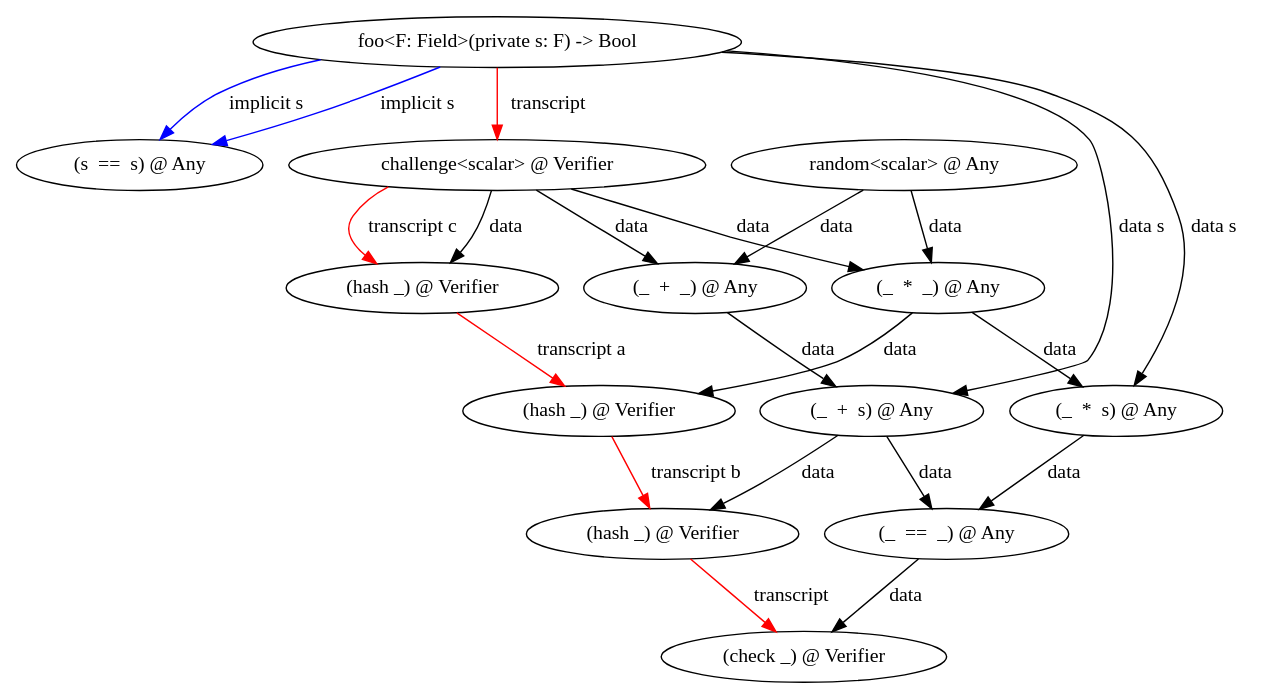
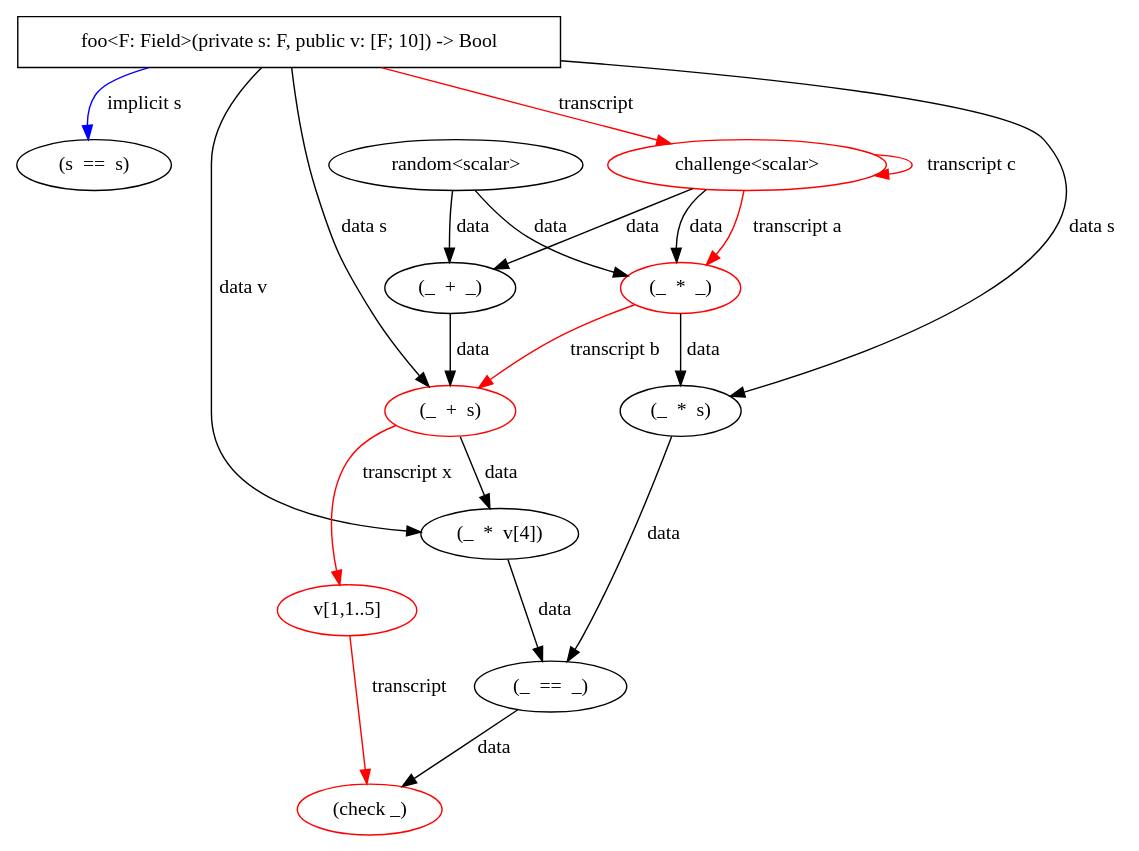
Before and after one commit to eniac/zippel: the diagram in graph/graph_foo.dot, drawn with Graphviz. The commit also changed 7 other files, not shown here.

```diff
--- a/graph/graph_foo.dot
+++ b/graph/graph_foo.dot
@@ -1,36 +1,34 @@
 digraph {
-    0 [ label = "foo<F: Field>(private s: F) -> Bool" ]
-    1 [ label = "(s  ==  s) @ Any" ]
-    2 [ label = "random<scalar> @ Any" ]
-    3 [ label = "challenge<scalar> @ Verifier" ]
-    4 [ label = "(hash _) @ Verifier" ]
-    5 [ label = "(_  *  _) @ Any" ]
-    6 [ label = "(hash _) @ Verifier" ]
-    7 [ label = "(_  +  _) @ Any" ]
-    8 [ label = "(_  +  s) @ Any" ]
-    9 [ label = "(hash _) @ Verifier" ]
-    10 [ label = "(_  *  s) @ Any" ]
-    11 [ label = "(_  ==  _) @ Any" ]
-    12 [ label = "(check _) @ Verifier" ]
-    0 -> 1 [ label = "implicit s" color = "blue"]
+    0 [ label = "foo<F: Field>(private s: F, public v: [F; 10]) -> Bool" shape = "box"]
+    1 [ label = "(s  ==  s)" shape = "ellipse"]
+    2 [ label = "random<scalar>" shape = "ellipse"]
+    3 [ label = "challenge<scalar>" color = "red"]
+    4 [ label = "(_  *  _)" color = "red"]
+    5 [ label = "(_  +  _)" shape = "ellipse"]
+    6 [ label = "(_  +  s)" color = "red"]
+    7 [ label = "v[1,1..5]" color = "red"]
+    8 [ label = "(_  *  s)" shape = "ellipse"]
+    9 [ label = "(_  *  v[4])" shape = "ellipse"]
+    10 [ label = "(_  ==  _)" shape = "ellipse"]
+    11 [ label = "(check _)" color = "red"]
     0 -> 1 [ label = "implicit s" color = "blue"]
     0 -> 3 [ label = "transcript" color = "red"]
-    3 -> 4 [ label = "transcript c" color = "red"]
+    3 -> 3 [ label = "transcript c" color = "red"]
+    2 -> 4 [ label = "data" color = "black"]
     3 -> 4 [ label = "data" color = "black"]
+    3 -> 4 [ label = "transcript a" color = "red"]
     2 -> 5 [ label = "data" color = "black"]
     3 -> 5 [ label = "data" color = "black"]
-    4 -> 6 [ label = "transcript a" color = "red"]
     5 -> 6 [ label = "data" color = "black"]
-    2 -> 7 [ label = "data" color = "black"]
-    3 -> 7 [ label = "data" color = "black"]
-    7 -> 8 [ label = "data" color = "black"]
+    0 -> 6 [ label = "data s" color = "black"]
+    4 -> 6 [ label = "transcript b" color = "red"]
+    6 -> 7 [ label = "transcript x" color = "red"]
+    4 -> 8 [ label = "data" color = "black"]
     0 -> 8 [ label = "data s" color = "black"]
-    6 -> 9 [ label = "transcript b" color = "red"]
-    8 -> 9 [ label = "data" color = "black"]
-    5 -> 10 [ label = "data" color = "black"]
-    0 -> 10 [ label = "data s" color = "black"]
+    6 -> 9 [ label = "data" color = "black"]
+    0 -> 9 [ label = "data v" color = "black"]
+    8 -> 10 [ label = "data" color = "black"]
+    9 -> 10 [ label = "data" color = "black"]
     10 -> 11 [ label = "data" color = "black"]
-    8 -> 11 [ label = "data" color = "black"]
-    11 -> 12 [ label = "data" color = "black"]
-    9 -> 12 [ label = "transcript" color = "red"]
+    7 -> 11 [ label = "transcript" color = "red"]
 }
```
